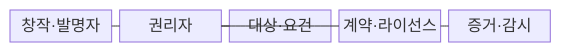
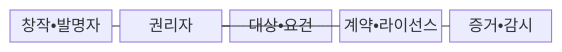
One commit to agnusdei1207/knowledge-base changed the first of 2 diagrams in src/content/docs/notes/07-law-policy/040_intellectual_property_rights.md. Above: the diagram before and after it, drawn with Mermaid. The commit also changed other lines of this file and 953 other files, not shown here.

````diff
--- a/src/content/docs/notes/07-law-policy/040_intellectual_property_rights.md
+++ b/src/content/docs/notes/07-law-policy/040_intellectual_property_rights.md
@@ -68,9 +68,9 @@
 ```mermaid
 block-beta
     columns 5
-    C["창작·발명자"] R["권리자"] T["대상·요건"] L["계약·라이선스"] E["증거·감시"]
+    C["창작•발명자"] R["권리자"] T["대상•요건"] L["계약•라이선스"] E["증거•감시"]
     C --- R
     T --- R
     R --- L
     L --- E
 ```
````
